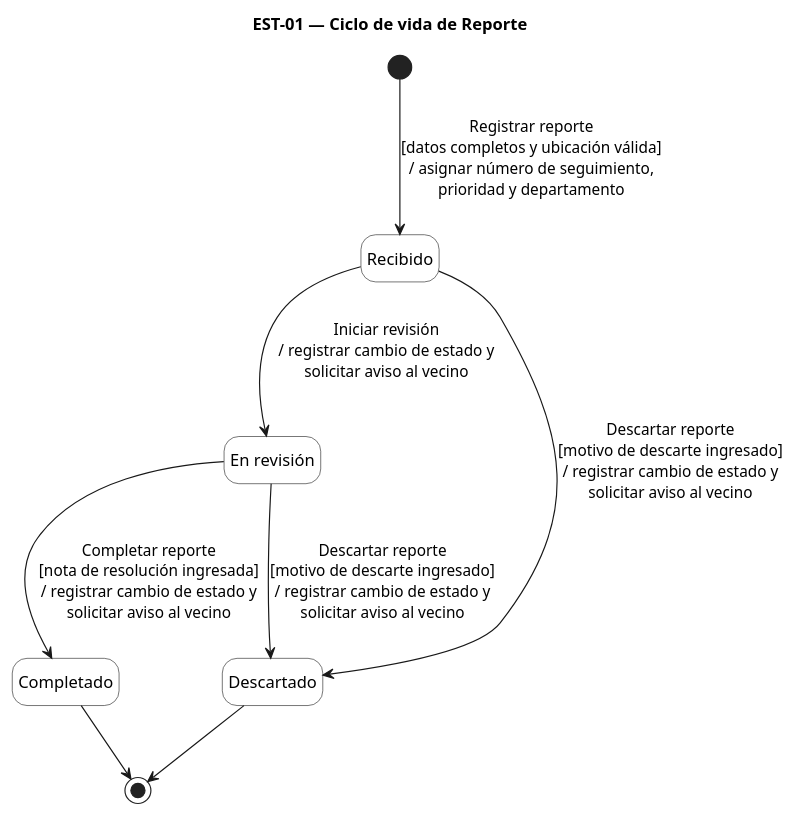
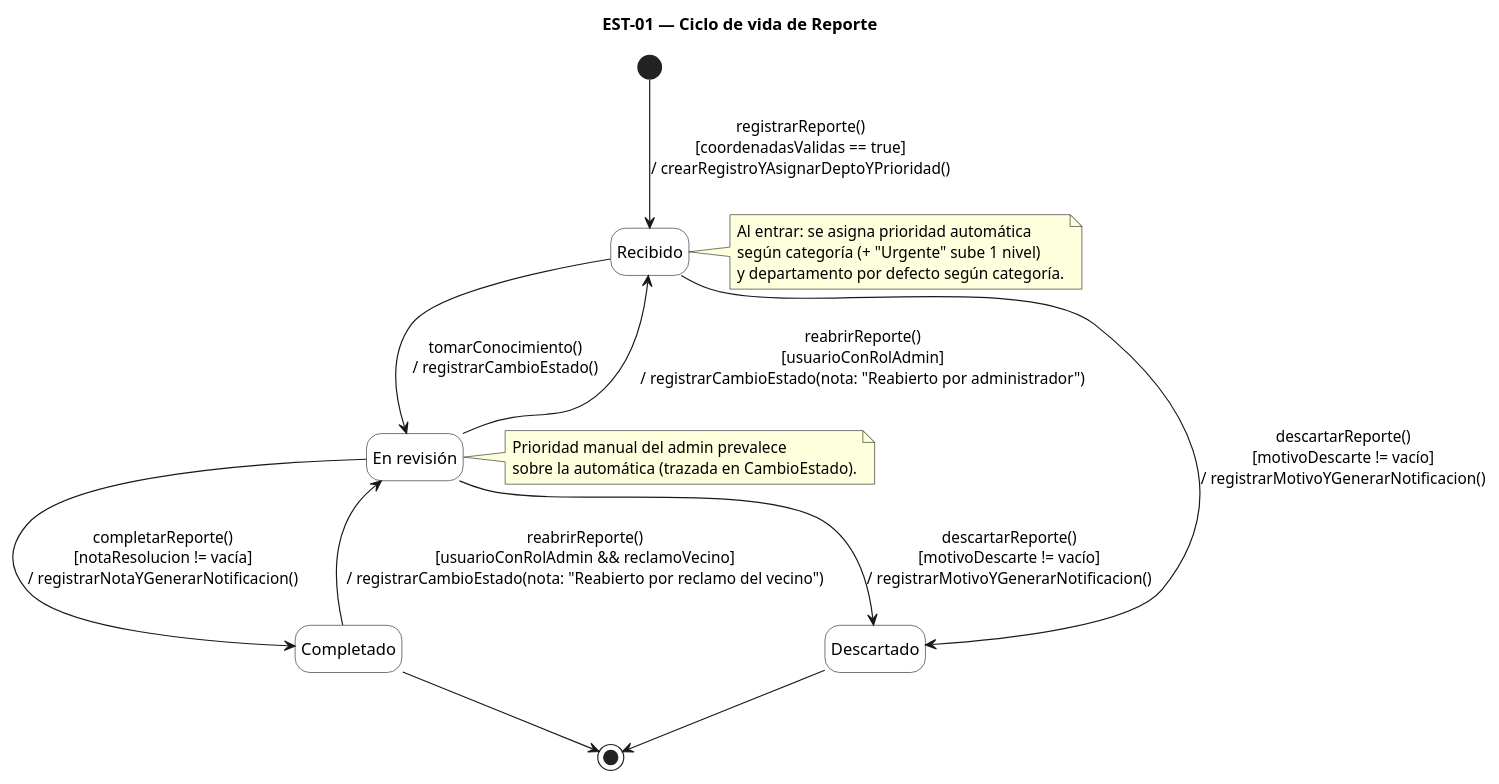
The diagram in diagramas/est-01.puml (bruhmzk/Barrio-Conectado), drawn with PlantUML before and after one commit. The commit also changed 45 other files, not shown here.

First line of the commit message:
feat: completar Entrega 2 - trazabilidad full, 8 HU con Gherkin, 9 CU, 6 DSS, 2 EST extendidos

```diff
--- a/diagramas/est-01.puml
+++ b/diagramas/est-01.puml
@@ -1,26 +1,41 @@
 @startuml est-01
 title EST-01 — Ciclo de vida de Reporte
 hide empty description
 skinparam shadowing false
 skinparam state {
   BackgroundColor White
 }
 
 state "Recibido" as Recibido
 state "En revisión" as EnRevision
 state "Completado" as Completado
 state "Descartado" as Descartado
 
-[*] --> Recibido : Registrar reporte\n[datos completos y ubicación válida]\n/ asignar número de seguimiento,\nprioridad y departamento
+[*] --> Recibido : registrarReporte()\n[coordenadasValidas == true]\n/ crearRegistroYAsignarDeptoYPrioridad()
 
-Recibido --> EnRevision : Iniciar revisión\n/ registrar cambio de estado y\nsolicitar aviso al vecino
+Recibido --> EnRevision : tomarConocimiento()\n/ registrarCambioEstado()
 
-Recibido --> Descartado : Descartar reporte\n[motivo de descarte ingresado]\n/ registrar cambio de estado y\nsolicitar aviso al vecino
+Recibido --> Descartado : descartarReporte()\n[motivoDescarte != vacío]\n/ registrarMotivoYGenerarNotificacion()
 
-EnRevision --> Completado : Completar reporte\n[nota de resolución ingresada]\n/ registrar cambio de estado y\nsolicitar aviso al vecino
+EnRevision --> Completado : completarReporte()\n[notaResolucion != vacía]\n/ registrarNotaYGenerarNotificacion()
 
-EnRevision --> Descartado : Descartar reporte\n[motivo de descarte ingresado]\n/ registrar cambio de estado y\nsolicitar aviso al vecino
+EnRevision --> Descartado : descartarReporte()\n[motivoDescarte != vacío]\n/ registrarMotivoYGenerarNotificacion()
+
+EnRevision --> Recibido : reabrirReporte()\n[usuarioConRolAdmin]\n/ registrarCambioEstado(nota: "Reabierto por administrador")
+
+Completado --> EnRevision : reabrirReporte()\n[usuarioConRolAdmin && reclamoVecino]\n/ registrarCambioEstado(nota: "Reabierto por reclamo del vecino")
 
 Completado --> [*]
 Descartado --> [*]
+
+note right of Recibido
+  Al entrar: se asigna prioridad automática
+  según categoría (+ "Urgente" sube 1 nivel)
+  y departamento por defecto según categoría.
+end note
+
+note right of EnRevision
+  Prioridad manual del admin prevalece
+  sobre la automática (trazada en CambioEstado).
+end note
 @enduml
```
